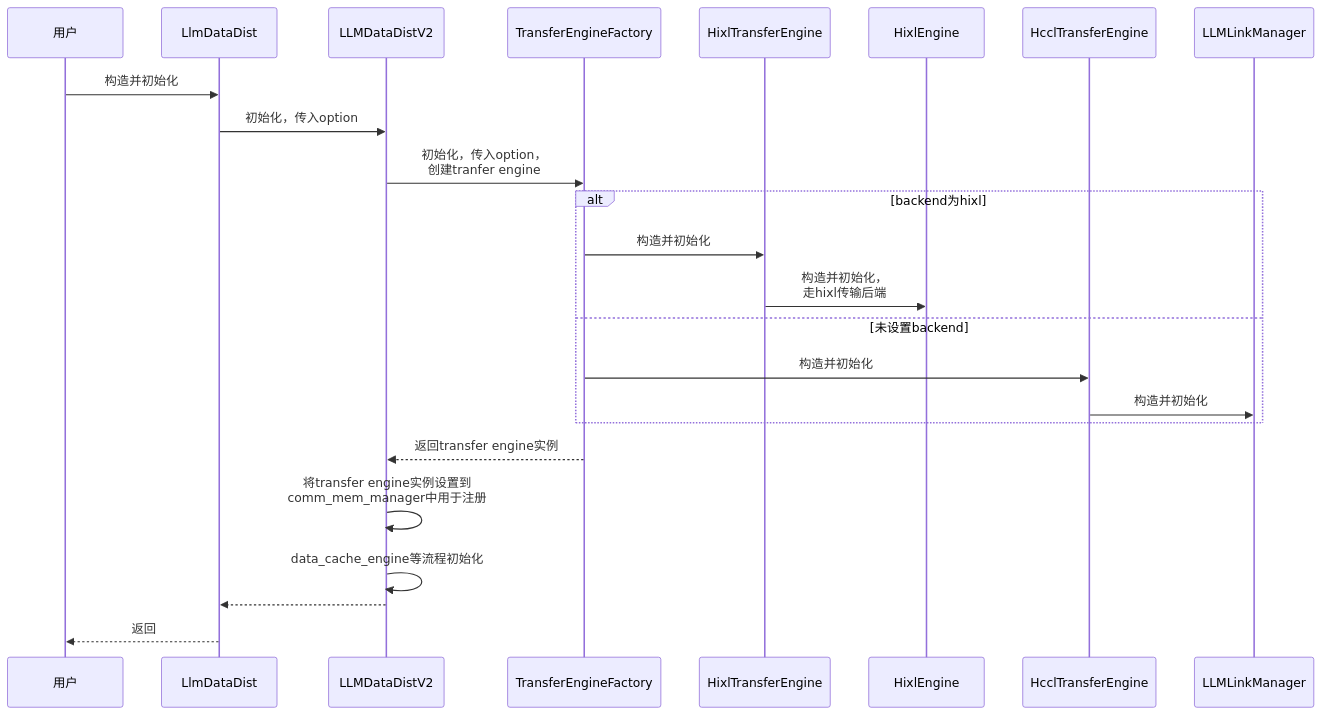
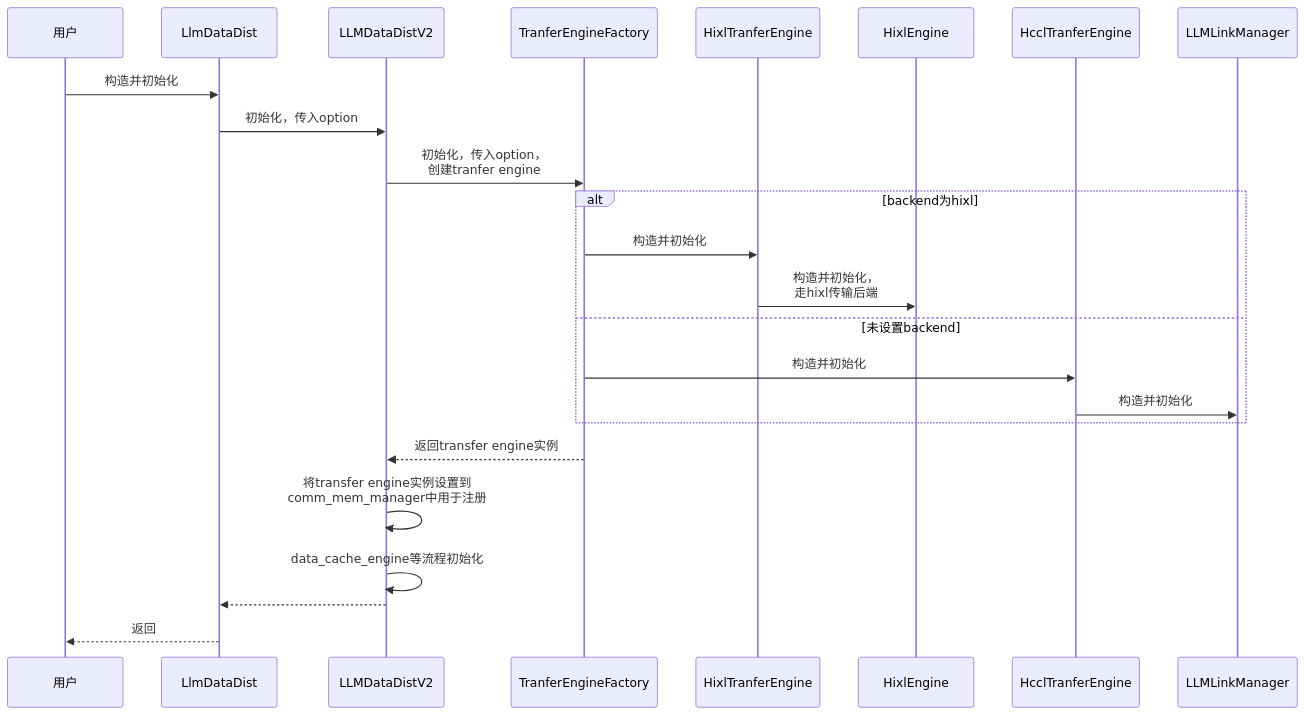
Before and after one commit to libochao-huawei/hixl: the third of 6 diagrams in docs/design/LLM-DataDist支持hixl传输后端.md, drawn with Mermaid. The commit also changed other lines of this file and 1 other file, not shown here.

````diff
--- a/docs/design/LLM-DataDist支持hixl传输后端.md
+++ b/docs/design/LLM-DataDist支持hixl传输后端.md
@@ -220,18 +220,18 @@
 ```mermaid
 sequenceDiagram
   用户 ->> LlmDataDist: 构造并初始化
   LlmDataDist ->> LLMDataDistV2: 初始化，传入option
-  LLMDataDistV2 ->> TransferEngineFactory: 初始化，传入option，<br>创建tranfer engine
+  LLMDataDistV2 ->> TranferEngineFactory: 初始化，传入option，<br>创建tranfer engine
   alt backend为hixl
-    TransferEngineFactory ->> HixlTransferEngine: 构造并初始化
-    HixlTransferEngine ->> HixlEngine: 构造并初始化，<br>走hixl传输后端
+    TranferEngineFactory ->> HixlTranferEngine: 构造并初始化
+    HixlTranferEngine ->> HixlEngine: 构造并初始化，<br>走hixl传输后端
   else 未设置backend
-    TransferEngineFactory ->> HcclTransferEngine: 构造并初始化
-    HcclTransferEngine ->> LLMLinkManager: 构造并初始化
+    TranferEngineFactory ->> HcclTranferEngine: 构造并初始化
+    HcclTranferEngine ->> LLMLinkManager: 构造并初始化
   end
-  TransferEngineFactory -->> LLMDataDistV2: 返回transfer engine实例
+  TranferEngineFactory -->> LLMDataDistV2: 返回transfer engine实例
   LLMDataDistV2 ->> LLMDataDistV2: 将transfer engine实例设置到<br>comm_mem_manager中用于注册
   LLMDataDistV2 ->> LLMDataDistV2: data_cache_engine等流程初始化
   LLMDataDistV2 -->> LlmDataDist: 
   LlmDataDist -->> 用户: 返回
 ```
````
